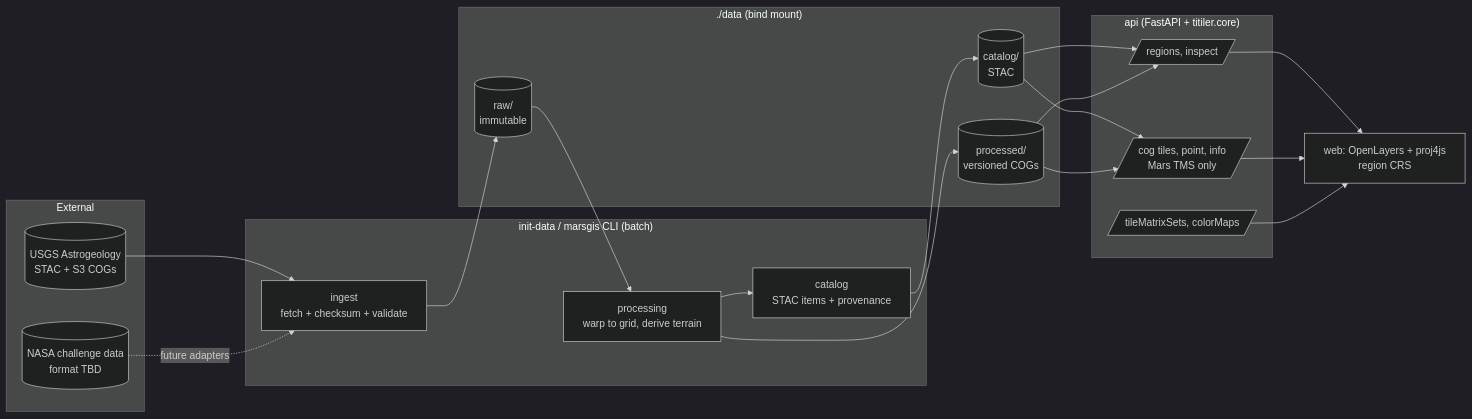
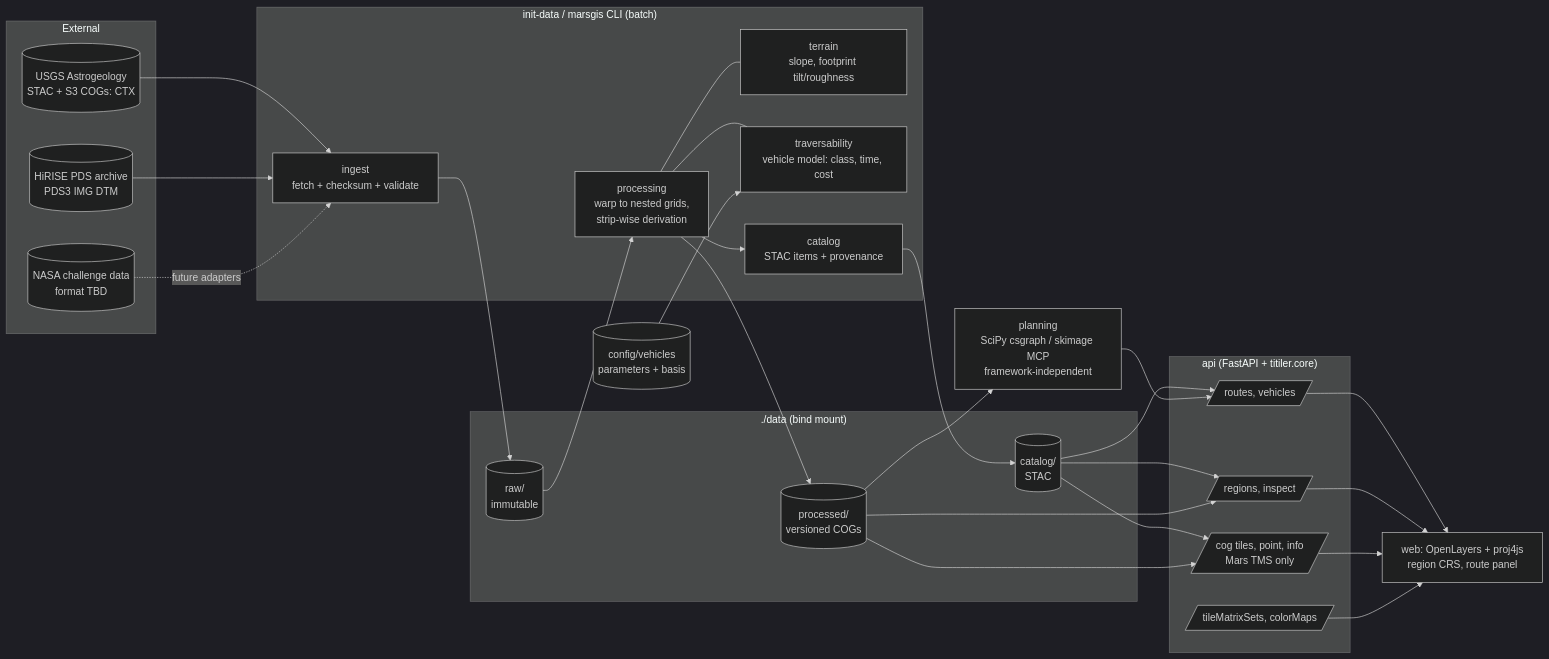
Before and after one commit to naza-official/mars-maps: the diagram in docs/architecture.md, drawn with Mermaid (dark theme). The commit also changed other lines of this file and 20 other files, not shown here.

````diff
--- a/docs/architecture.md
+++ b/docs/architecture.md
@@ -8,39 +8,51 @@
 ```mermaid
 flowchart LR
   subgraph External
-    USGS[(USGS Astrogeology<br/>STAC + S3 COGs)]
+    USGS[(USGS Astrogeology<br/>STAC + S3 COGs: CTX)]
+    PDS[(HiRISE PDS archive<br/>PDS3 IMG DTM)]
     NASA[(NASA challenge data<br/>format TBD)]
   end
 
   subgraph Pipeline["init-data / marsgis CLI (batch)"]
     ING[ingest<br/>fetch + checksum + validate]
-    PROC[processing<br/>warp to grid, derive terrain]
+    PROC[processing<br/>warp to nested grids,<br/>strip-wise derivation]
+    TER[terrain<br/>slope, footprint tilt/roughness]
+    TRV[traversability<br/>vehicle model: class, time, cost]
     CAT[catalog<br/>STAC items + provenance]
   end
+  VEH[(config/vehicles<br/>parameters + basis)]
 
   subgraph Store["./data (bind mount)"]
     RAW[(raw/<br/>immutable)]
     PRO[(processed/<br/>versioned COGs)]
     STAC[(catalog/<br/>STAC)]
   end
 
   subgraph API["api (FastAPI + titiler.core)"]
     REG[/regions, inspect/]
+    RTE[/routes, vehicles/]
     TIL[/cog tiles, point, info<br/>Mars TMS only/]
     TMS[/tileMatrixSets, colorMaps/]
   end
 
-  WEB[web: OpenLayers + proj4js<br/>region CRS]
+  PLAN[planning<br/>SciPy csgraph / skimage MCP<br/>framework-independent]
+  WEB[web: OpenLayers + proj4js<br/>region CRS, route panel]
 
   USGS --> ING
+  PDS --> ING
   NASA -.future adapters.-> ING
   ING --> RAW --> PROC --> PRO
+  PROC --- TER
+  PROC --- TRV
+  VEH --> TRV
   PROC --> CAT --> STAC
+  STAC --> RTE
+  PRO --> PLAN --> RTE --> WEB
   STAC --> REG
   STAC --> TIL
   PRO --> TIL
   PRO --> REG
   REG --> WEB
   TIL --> WEB
   TMS --> WEB
 ```
````
